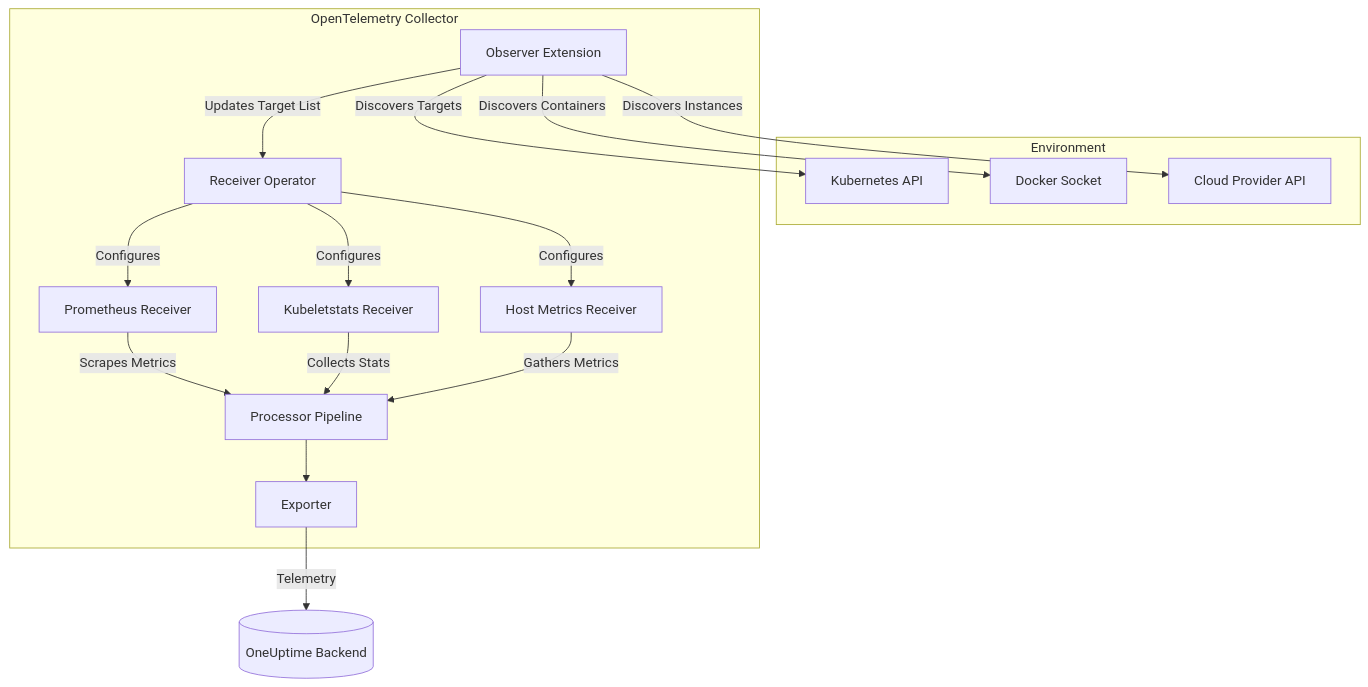
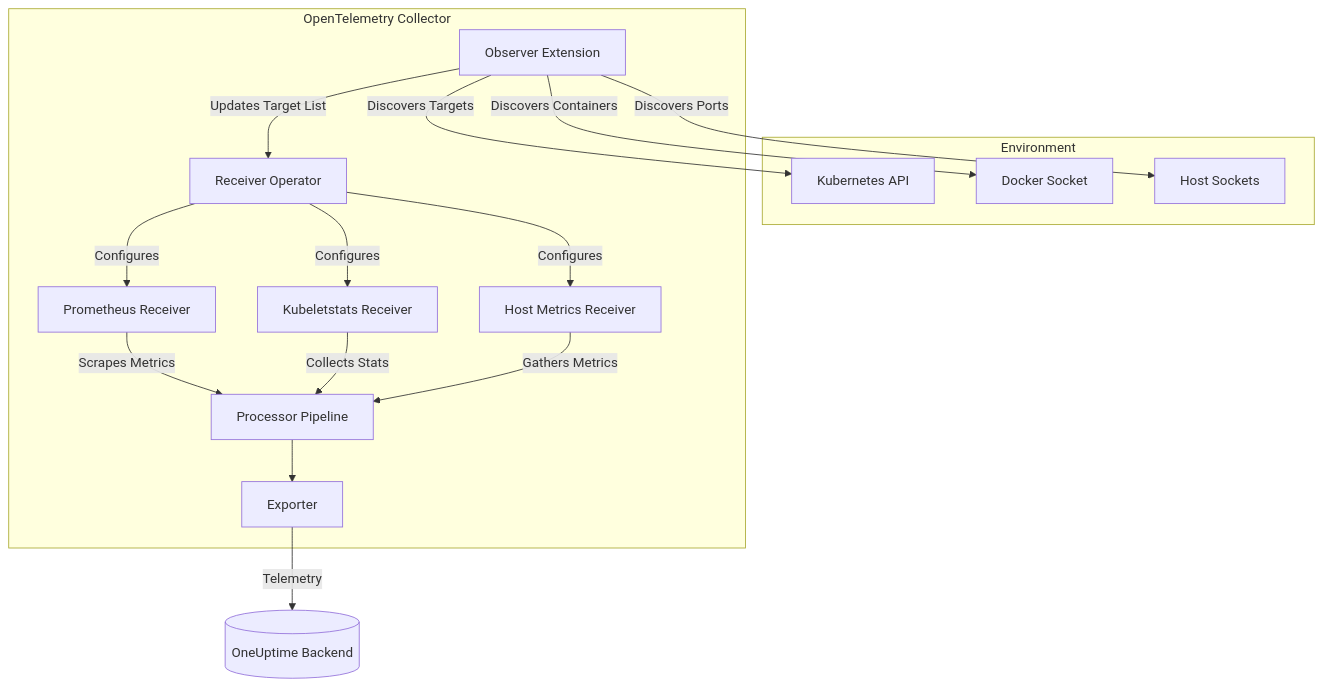
One commit to OneUptime/blog changed the diagram in posts/2026-02-06-observer-extension-dynamic-service-discovery/README.md. Above: the diagram before and after it, drawn with Mermaid. The commit also changed other lines of this file and 2 other files, not shown here.

````diff
--- a/posts/2026-02-06-observer-extension-dynamic-service-discovery/README.md
+++ b/posts/2026-02-06-observer-extension-dynamic-service-discovery/README.md
@@ -46,28 +44,28 @@
 ```mermaid
 graph TB
     subgraph Environment
         K[Kubernetes API]
         D[Docker Socket]
-        C[Cloud Provider API]
+        H[Host Sockets]
     end
 
     subgraph OpenTelemetry Collector
         O[Observer Extension] -->|Discovers Targets| K
         O -->|Discovers Containers| D
-        O -->|Discovers Instances| C
+        O -->|Discovers Ports| H
 
         O -->|Updates Target List| R[Receiver Operator]
 
         R -->|Configures| P1[Prometheus Receiver]
         R -->|Configures| P2[Kubeletstats Receiver]
         R -->|Configures| P3[Host Metrics Receiver]
 
         P1 -->|Scrapes Metrics| PR[Processor Pipeline]
         P2 -->|Collects Stats| PR
         P3 -->|Gathers Metrics| PR
 
         PR --> E[Exporter]
     end
 
     E -->|Telemetry| B[(OneUptime Backend)]
 ```
````
